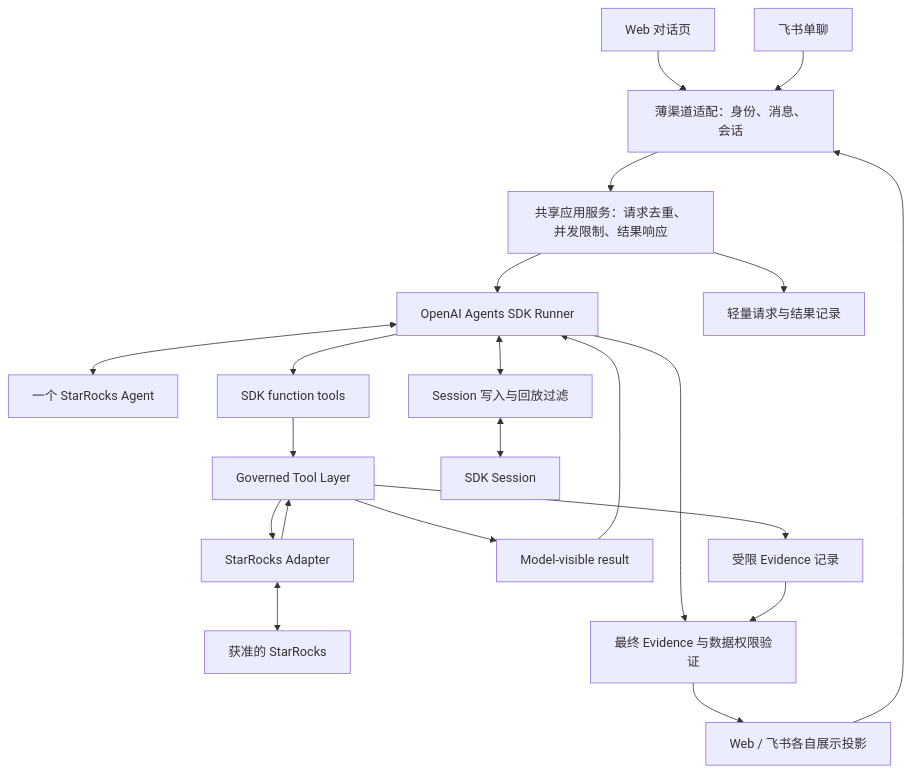
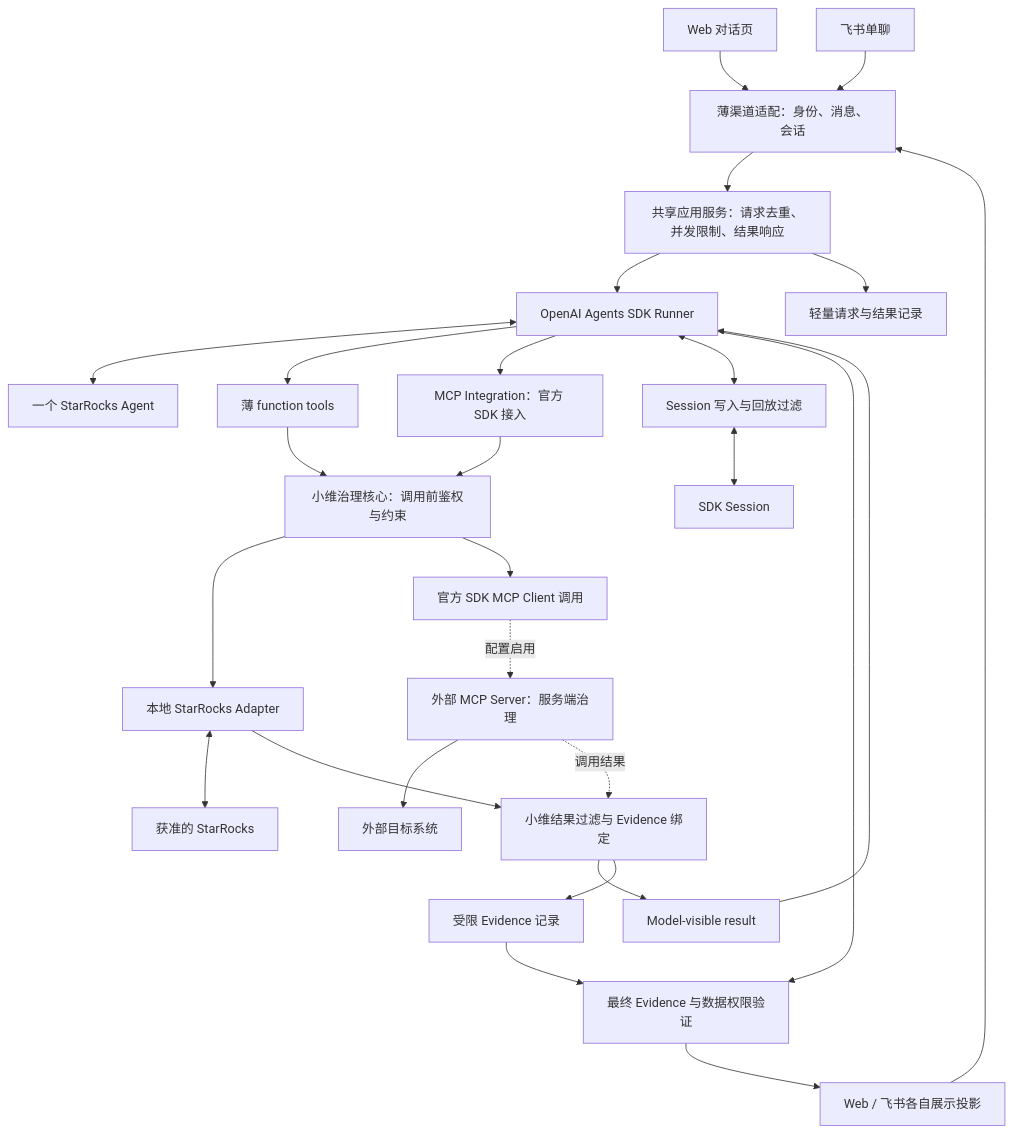
One commit to shixian66/xiaowei-agent-sdk changed the diagram in ARCHITECTURE.md. Above: the diagram before and after it, drawn with Mermaid. The commit also changed other lines of this file and 5 other files, not shown here.

Commit message:
docs: confirm MCP integration and plan SDK core

````diff
--- a/ARCHITECTURE.md
+++ b/ARCHITECTURE.md
@@ -43,23 +44,29 @@
 ```mermaid
 flowchart TD
     W[Web 对话页] --> C[薄渠道适配：身份、消息、会话]
     F[飞书单聊] --> C
     C --> A[共享应用服务：请求去重、并发限制、结果响应]
     A --> R[OpenAI Agents SDK Runner]
     R <--> G[一个 StarRocks Agent]
-    R --> T[SDK function tools]
-    T --> B[Governed Tool Layer]
-    B --> D[StarRocks Adapter]
+    R --> T[薄 function tools]
+    R --> I[MCP Integration：官方 SDK 接入]
+    T --> B[小维治理核心：调用前鉴权与约束]
+    I --> B
+    B --> D[本地 StarRocks Adapter]
     D <--> DB[获准的 StarRocks]
-    D --> B
-    B --> M[Model-visible result]
+    B --> MC[官方 SDK MCP Client 调用]
+    MC -. 配置启用 .-> MS[外部 MCP Server：服务端治理]
+    MS --> X[外部目标系统]
+    D --> P1[小维结果过滤与 Evidence 绑定]
+    MS -. 调用结果 .-> P1
+    P1 --> M[Model-visible result]
     M --> R
-    B --> E[受限 Evidence 记录]
+    P1 --> E[受限 Evidence 记录]
     R <--> H[Session 写入与回放过滤]
     H <--> S[SDK Session]
     A --> P[轻量请求与结果记录]
     R --> V[最终 Evidence 与数据权限验证]
     E --> V
     V --> O[Web / 飞书各自展示投影]
     O --> C
 ```
````
